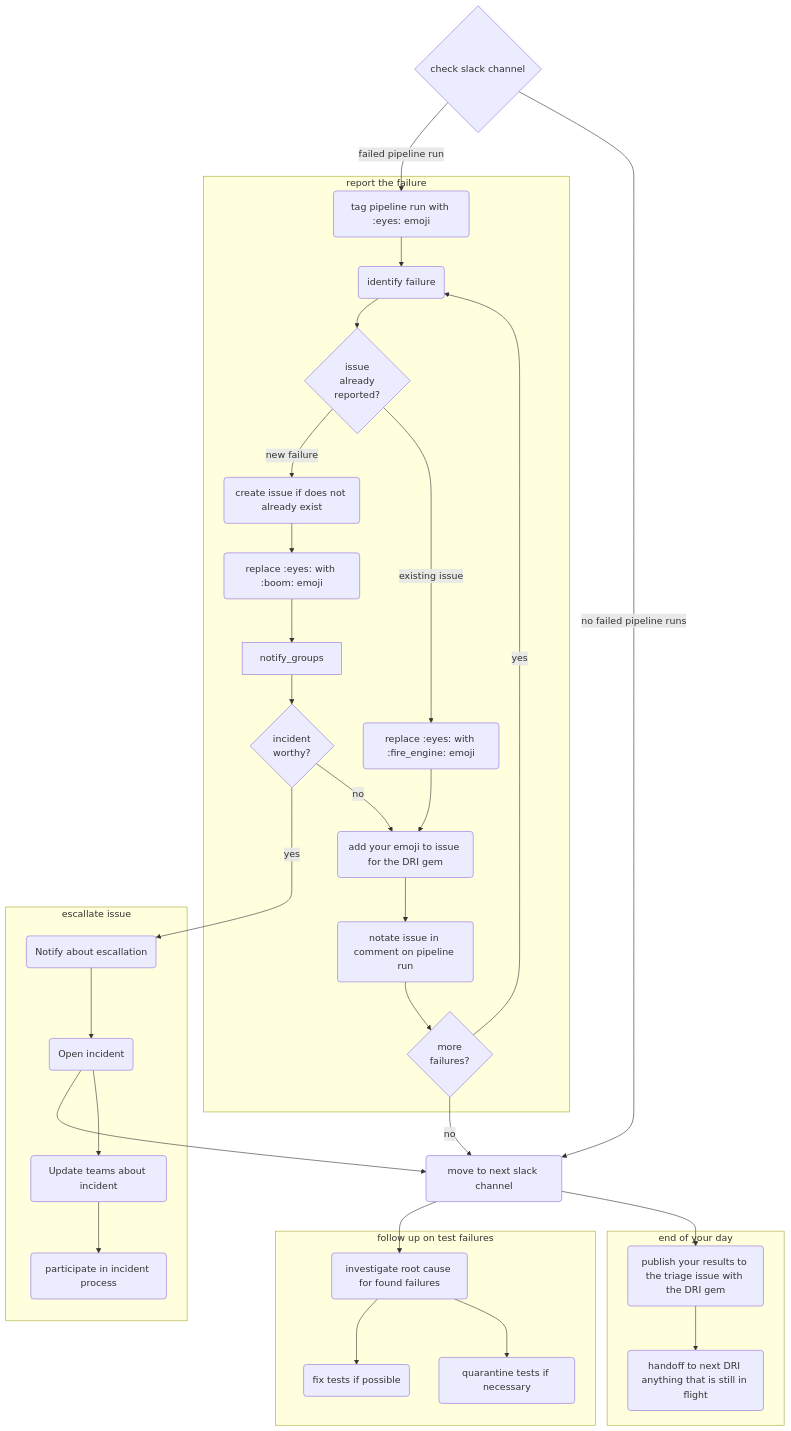
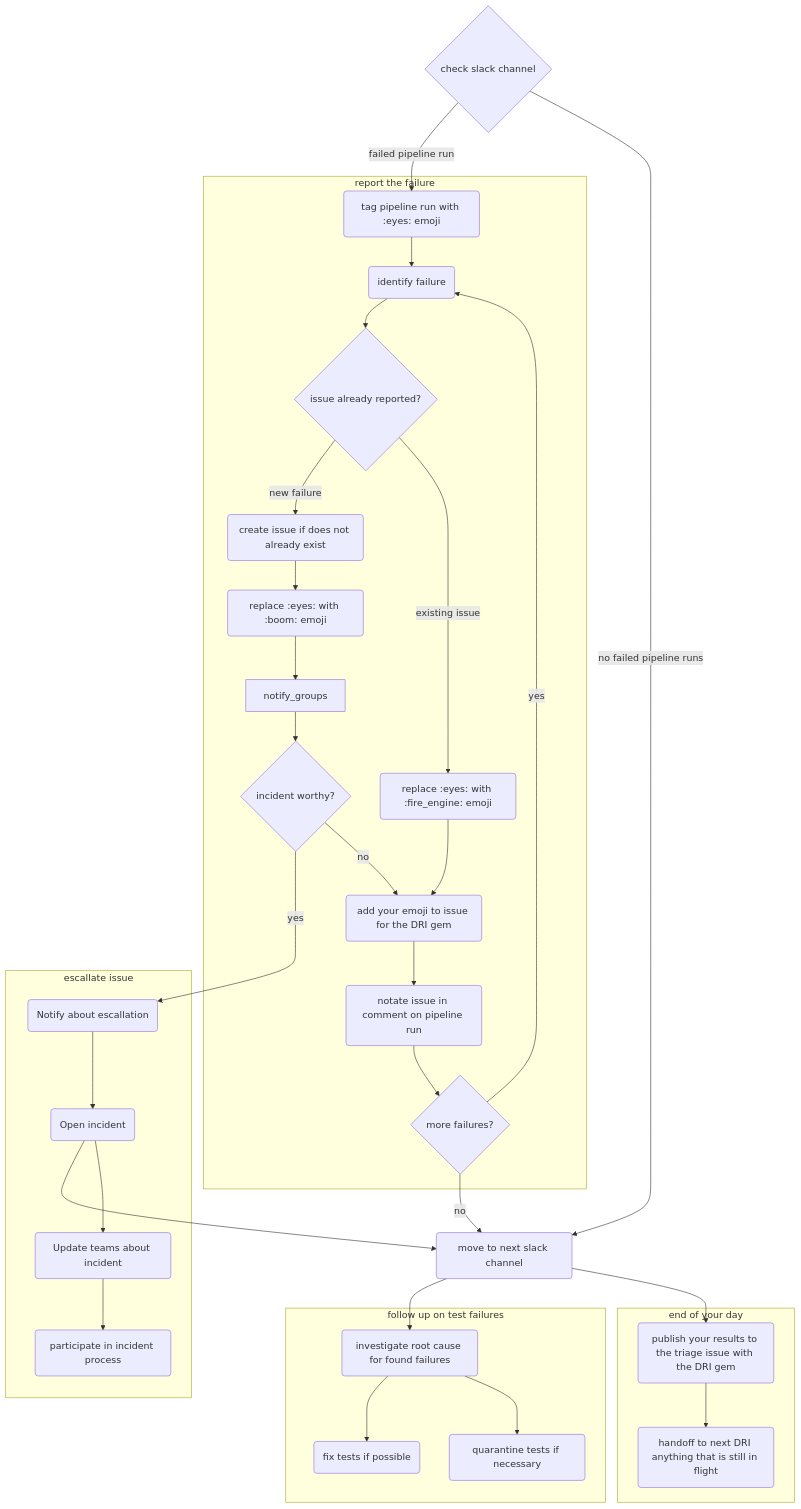
One commit to zalyoung/gitlab-handbook changed the diagram in content/handbook/engineering/testing/pipeline-triage.md. Above: the diagram before and after it, drawn with Mermaid. The commit also changed other lines of this file, not shown here.

Commit message:
Fix links that were broken cause the page moved

```diff
--- a/content/handbook/engineering/testing/pipeline-triage.md
+++ b/content/handbook/engineering/testing/pipeline-triage.md
@@ -38,17 +38,17 @@
         slack_channels{check slack channel}
         next_channel(move to next slack channel)
         failed_pipeline(identify failure)
-        existing_issue{issue\nalready\nreported?}
+        existing_issue{issue already reported?}
         new_issue(create issue if does not already exist)
         tag_pipeline(notate issue in comment on pipeline run)
-        incident{incident\nworthy?}
+        incident{incident worthy?}
         notify_incident(Notify about escallation)
         open_incident(Open incident)
         update_incident(Update teams about incident)
         eyes(tag pipeline run with :eyes: emoji)
         fire_engine(replace :eyes: with :fire_engine: emoji)
         boom(replace :eyes: with :boom: emoji)
-        another_failure{more\nfailures?}
+        another_failure{more failures?}
         investigate(investigate root cause for found failures)
         fix_tests(fix tests if possible)
         quarantine_tests(quarantine tests if necessary)
@@ -58,23 +58,23 @@
             dri_handoff(handoff to next DRI anything that is still in flight)
 
         %% external links
-        click failed_pipeline "https://handbook.gitlab.com/handbook/engineering/infrastructure-platforms/developer-experience/debugging-end-to-end-test-failures/#review-the-failure-logs"
-        click new_issue "https://handbook.gitlab.com/handbook/engineering/infrastructure-platforms/developer-experience/debugging-end-to-end-test-failures/#create-an-issue"
-        click existing_issue "https://handbook.gitlab.com/handbook/engineering/infrastructure-platforms/developer-experience/debugging-end-to-end-test-failures/#known-failures"
-        click investigate "https://handbook.gitlab.com/handbook/engineering/infrastructure-platforms/developer-experience/debugging-end-to-end-test-failures/#investigate-the-root-cause"
+        click failed_pipeline "#review-the-failure-logs"
+        click new_issue "#create-an-issue"
+        click existing_issue "#known-failures"
+        click investigate "#investigate-the-root-cause"
         click incident "https://handbook.gitlab.com/handbook/engineering/infrastructure/incident-management/#report-an-incident-via-slack"
-        click notify_groups "https://handbook.gitlab.com/handbook/engineering/infrastructure-platforms/developer-experience/debugging-end-to-end-test-failures/#notify-group-in-all-cases"
-        click fix_tests "https://handbook.gitlab.com/handbook/engineering/infrastructure-platforms/developer-experience/debugging-end-to-end-test-failures/#fixing-the-test"
-        click quarantine_tests "https://handbook.gitlab.com/handbook/engineering/infrastructure-platforms/developer-experience/debugging-end-to-end-test-failures/#quarantining-tests"
+        click notify_groups "#notify-group-in-all-cases"
+        click fix_tests "#fixing-the-test"
+        click quarantine_tests "#quarantining-tests"
         click open_incident "https://handbook.gitlab.com/handbook/engineering/infrastructure/incident-management/#failure-needs-escalation"
-        click tag_pipeline "https://handbook.gitlab.com/handbook/engineering/infrastructure-platforms/developer-experience/debugging-end-to-end-test-failures/#linking-issue"
-        click eyes "https://handbook.gitlab.com/handbook/engineering/infrastructure-platforms/developer-experience/debugging-end-to-end-test-failures/#emoji-used"
-        click fire_engine "https://handbook.gitlab.com/handbook/engineering/infrastructure-platforms/developer-experience/debugging-end-to-end-test-failures/#emoji-used"
-        click boom "https://handbook.gitlab.com/handbook/engineering/infrastructure-platforms/developer-experience/debugging-end-to-end-test-failures/#emoji-used"
+        click tag_pipeline "#linking-issue"
+        click eyes "#emoji-used"
+        click fire_engine "#emoji-used"
+        click boom "#emoji-used"
           click tag_issue_for_report "https://gitlab.com/gitlab-org/ruby/gems/dri#configuration"
               click publish_results "https://gitlab.com/gitlab-org/ruby/gems/dri#4-publish"
-        click notify_incident "https://handbook.gitlab.com/handbook/engineering/infrastructure-platforms/developer-experience/debugging-end-to-end-test-failures/#failure-needs-escalation"
-        click update_incident "https://handbook.gitlab.com/handbook/engineering/infrastructure-platforms/developer-experience/debugging-end-to-end-test-failures/#notify-group-in-all-cases"
+        click notify_incident "#failure-needs-escalation"
+        click update_incident "#notify-group-in-all-cases"
 
         %% diagram
         slack_channels -->|failed pipeline run| eyes
```
